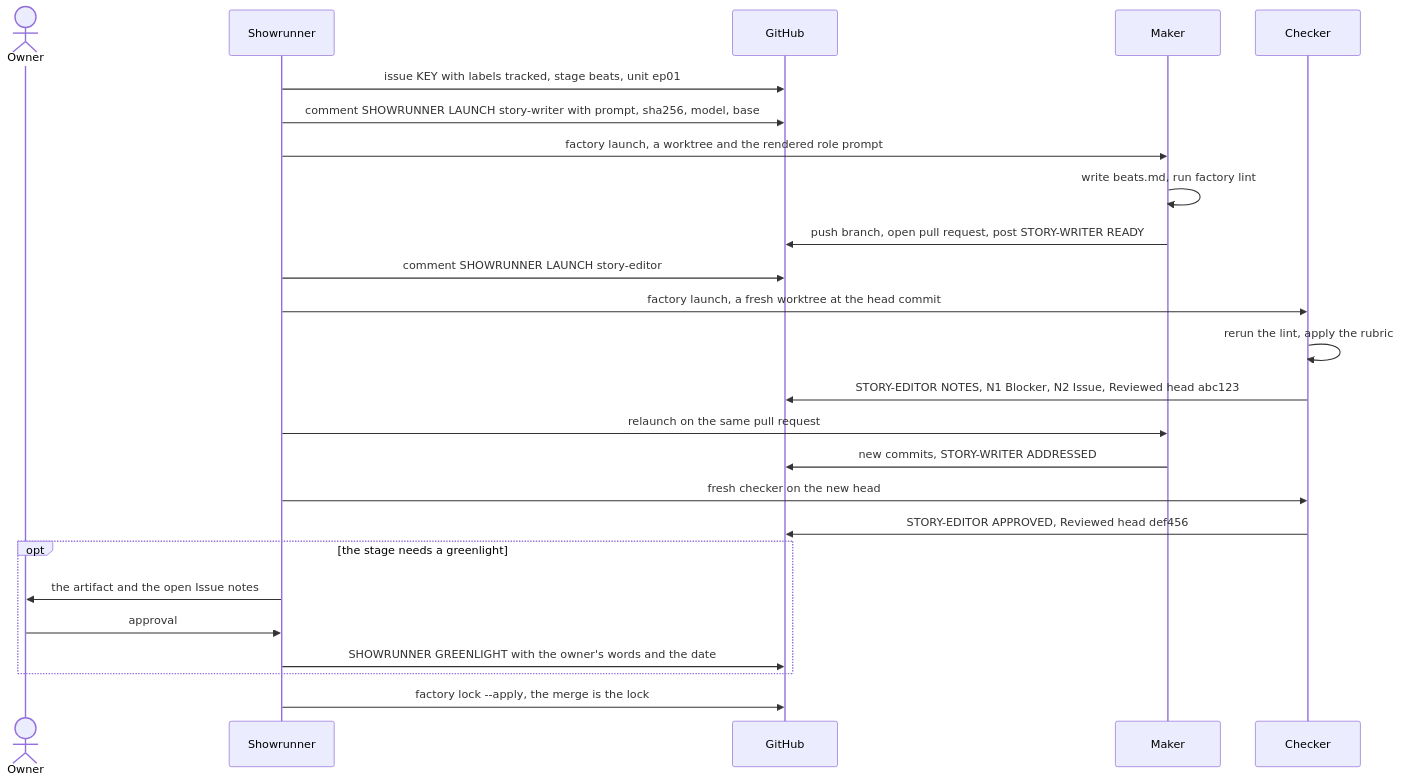
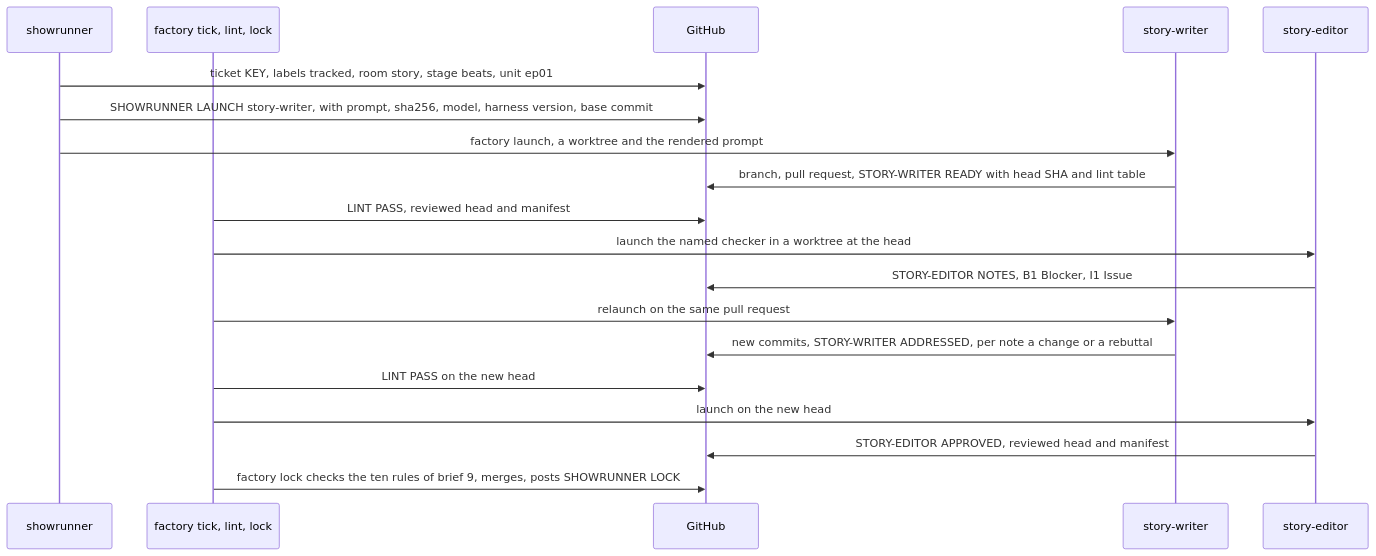
Before and after one commit to abel30567/enrico-factory: diagram 15 of 22 in docs/architecture.md, drawn with Mermaid. The commit also changed other lines of this file and 1 other file, not shown here.

Commit message:
Redraw the architecture to v1 and resolve the ambiguities the diagrams exposed in the brief.

````diff
--- a/docs/architecture.md
+++ b/docs/architecture.md
@@ -263,28 +541,21 @@
 ```mermaid
 sequenceDiagram
-  actor Owner
-  participant Showrunner
-  participant GitHub
-  participant Maker
-  participant Checker
-
-  Showrunner->>GitHub: issue KEY with labels tracked, stage beats, unit ep01
-  Showrunner->>GitHub: comment SHOWRUNNER LAUNCH story-writer with prompt, sha256, model, base
-  Showrunner->>Maker: factory launch, a worktree and the rendered role prompt
-  Maker->>Maker: write beats.md, run factory lint
-  Maker->>GitHub: push branch, open pull request, post STORY-WRITER READY
-  Showrunner->>GitHub: comment SHOWRUNNER LAUNCH story-editor
-  Showrunner->>Checker: factory launch, a fresh worktree at the head commit
-  Checker->>Checker: rerun the lint, apply the rubric
-  Checker->>GitHub: STORY-EDITOR NOTES, N1 Blocker, N2 Issue, Reviewed head abc123
-  Showrunner->>Maker: relaunch on the same pull request
-  Maker->>GitHub: new commits, STORY-WRITER ADDRESSED
-  Showrunner->>Checker: fresh checker on the new head
-  Checker->>GitHub: STORY-EDITOR APPROVED, Reviewed head def456
-  opt the stage needs a greenlight
-    Showrunner->>Owner: the artifact and the open Issue notes
-    Owner->>Showrunner: approval
-    Showrunner->>GitHub: SHOWRUNNER GREENLIGHT with the owner's words and the date
-  end
-  Showrunner->>GitHub: factory lock --apply, the merge is the lock
+  participant SR as showrunner
+  participant FC as factory tick, lint, lock
+  participant GH as GitHub
+  participant MK as story-writer
+  participant CK as story-editor
+  SR->>GH: ticket KEY, labels tracked, room story, stage beats, unit ep01
+  SR->>GH: SHOWRUNNER LAUNCH story-writer, with prompt, sha256, model, harness version, base commit
+  SR->>MK: factory launch, a worktree and the rendered prompt
+  MK->>GH: branch, pull request, STORY-WRITER READY with head SHA and lint table
+  FC->>GH: LINT PASS, reviewed head and manifest
+  FC->>CK: launch the named checker in a worktree at the head
+  CK->>GH: STORY-EDITOR NOTES, B1 Blocker, I1 Issue
+  FC->>MK: relaunch on the same pull request
+  MK->>GH: new commits, STORY-WRITER ADDRESSED, per note a change or a rebuttal
+  FC->>GH: LINT PASS on the new head
+  FC->>CK: launch on the new head
+  CK->>GH: STORY-EDITOR APPROVED, reviewed head and manifest
+  FC->>GH: factory lock checks the ten rules of brief 9, merges, posts SHOWRUNNER LOCK
 ```
````
